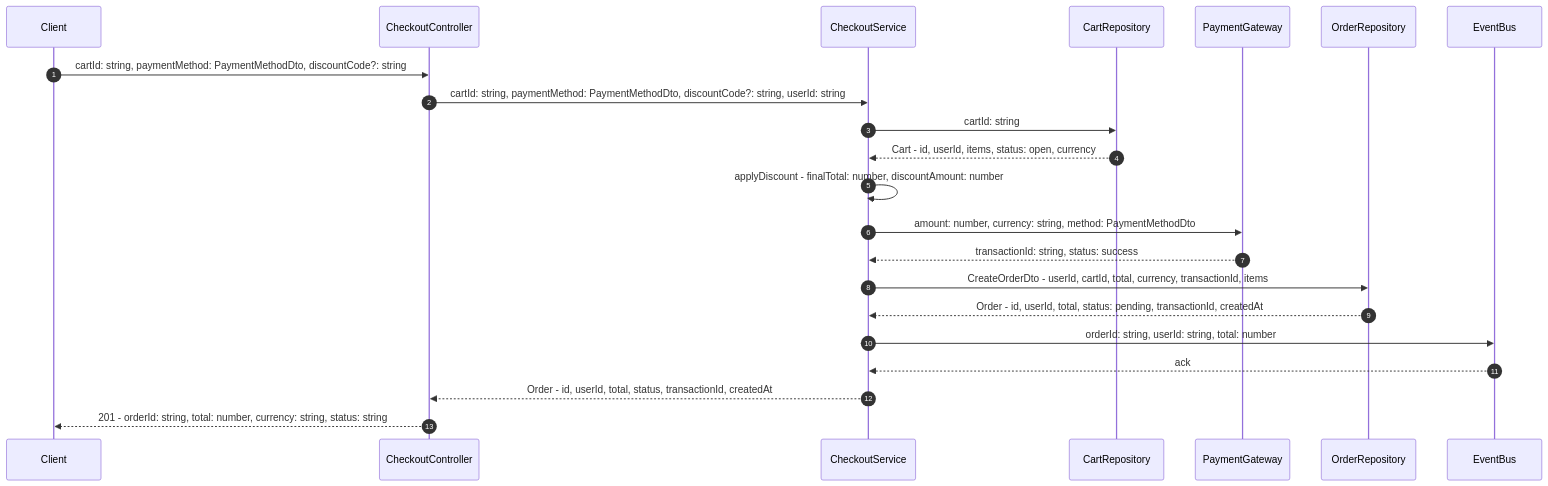
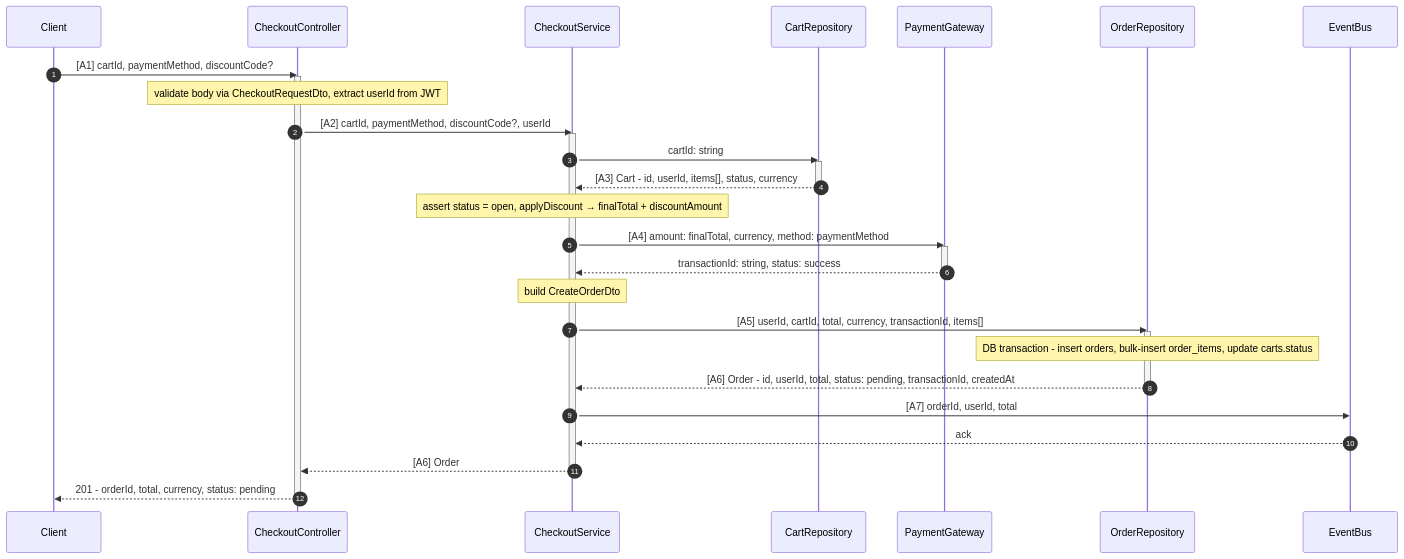
One commit to minh-lb/ai-tools changed the second of 3 diagrams in generate-flow/references/example-checkout-flow.md. Above: the diagram before and after it, drawn with Mermaid. The commit also changed other lines of this file and 4 other files, not shown here.

First line of the commit message:
refactor(skills): redesign generate-flow template and output structure

````diff
--- a/generate-flow/references/example-checkout-flow.md
+++ b/generate-flow/references/example-checkout-flow.md
@@ -63,25 +46,43 @@
 ```mermaid
 sequenceDiagram
     autonumber
     participant Client
-    participant CheckoutController
-    participant CheckoutService
-    participant CartRepository
-    participant PaymentGateway
-    participant OrderRepository
-    participant EventBus
+    participant Controller as CheckoutController
+    participant Service as CheckoutService
+    participant CartRepo as CartRepository
+    participant Payment as PaymentGateway
+    participant OrderRepo as OrderRepository
+    participant Events as EventBus
 
-    Client->>CheckoutController: cartId: string, paymentMethod: PaymentMethodDto, discountCode?: string
-    CheckoutController->>CheckoutService: cartId: string, paymentMethod: PaymentMethodDto, discountCode?: string, userId: string
-    CheckoutService->>CartRepository: cartId: string
-    CartRepository-->>CheckoutService: Cart - id, userId, items, status: open, currency
-    CheckoutService->>CheckoutService: applyDiscount - finalTotal: number, discountAmount: number
-    CheckoutService->>PaymentGateway: amount: number, currency: string, method: PaymentMethodDto
-    PaymentGateway-->>CheckoutService: transactionId: string, status: success
-    CheckoutService->>OrderRepository: CreateOrderDto - userId, cartId, total, currency, transactionId, items
-    OrderRepository-->>CheckoutService: Order - id, userId, total, status: pending, transactionId, createdAt
-    CheckoutService->>EventBus: orderId: string, userId: string, total: number
-    EventBus-->>CheckoutService: ack
-    CheckoutService-->>CheckoutController: Order - id, userId, total, status, transactionId, createdAt
-    CheckoutController-->>Client: 201 - orderId: string, total: number, currency: string, status: string
+    Client->>Controller: [A1] cartId, paymentMethod, discountCode?
+    activate Controller
+    Note over Controller: validate body via CheckoutRequestDto, extract userId from JWT
+    Controller->>Service: [A2] cartId, paymentMethod, discountCode?, userId
+    activate Service
+
+    Service->>CartRepo: cartId: string
+    activate CartRepo
+    CartRepo-->>Service: [A3] Cart - id, userId, items[], status, currency
+    deactivate CartRepo
+
+    Note over Service: assert status = open, applyDiscount → finalTotal + discountAmount
+    Service->>Payment: [A4] amount: finalTotal, currency, method: paymentMethod
+    activate Payment
+    Payment-->>Service: transactionId: string, status: success
+    deactivate Payment
+
+    Note over Service: build CreateOrderDto
+    Service->>OrderRepo: [A5] userId, cartId, total, currency, transactionId, items[]
+    activate OrderRepo
+    Note over OrderRepo: DB transaction - insert orders, bulk-insert order_items, update carts.status
+    OrderRepo-->>Service: [A6] Order - id, userId, total, status: pending, transactionId, createdAt
+    deactivate OrderRepo
+
+    Service->>Events: [A7] orderId, userId, total
+    Events-->>Service: ack
+
+    Service-->>Controller: [A6] Order
+    deactivate Service
+    Controller-->>Client: 201 - orderId, total, currency, status: pending
+    deactivate Controller
 ```
````
